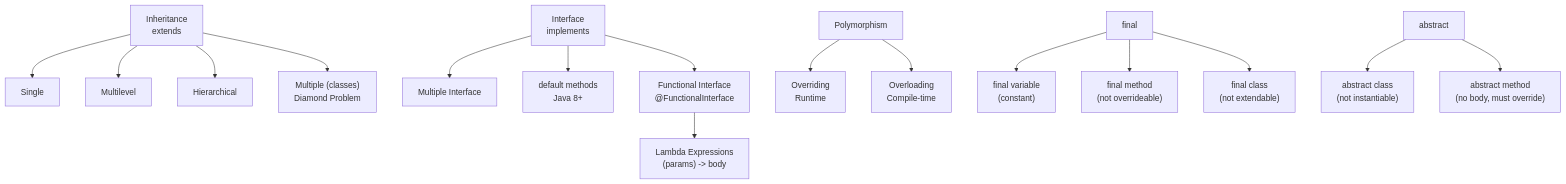
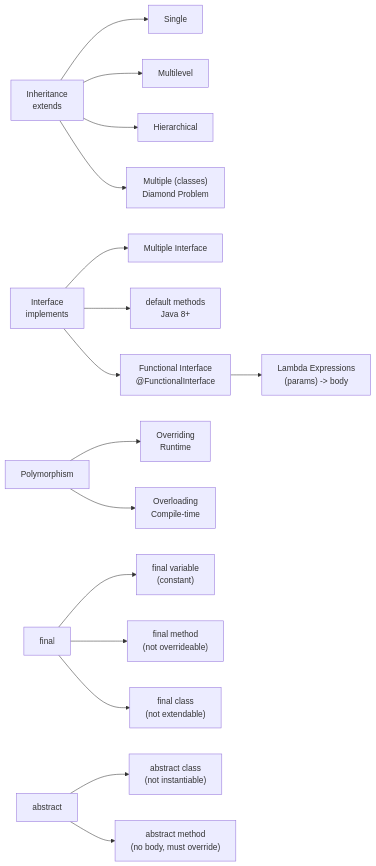
Before and after one commit to amitdevx/TY: the fifth of 5 diagrams in 01-Semester-V/CS-301-MJ-T-Core-Java/Unit-3.md, drawn with Mermaid. The commit also changed other lines of this file and 65 other files, not shown here.

Commit message:
fix:graph vertical

````diff
--- a/01-Semester-V/CS-301-MJ-T-Core-Java/Unit-3.md
+++ b/01-Semester-V/CS-301-MJ-T-Core-Java/Unit-3.md
@@ -580,22 +599,22 @@
 ```mermaid
-graph TD
+graph LR
     INH["Inheritance<br/>extends"] --> SINGLE["Single"]
     INH --> MULTI["Multilevel"]
     INH --> HIER["Hierarchical"]
     INH --> NO_MULTI["Multiple (classes) <br/>Diamond Problem"]
     
-    IFACE["Interface<br/>implements"] --> MULTI_IFACE["Multiple Interface "]
+    IFACE["Interface<br/>implements"] --> MULTI_IFACE["Multiple Interface<br/>"]
     IFACE --> DEFAULT["default methods<br/>Java 8+"]
     IFACE --> FUNC["Functional Interface<br/>@FunctionalInterface"]
     FUNC --> LAMBDA["Lambda Expressions<br/>(params) -> body"]
     
     POLY["Polymorphism"] --> OVR["Overriding<br/>Runtime"]
     POLY --> OVL["Overloading<br/>Compile-time"]
     
     FINAL["final"] --> FV["final variable<br/>(constant)"]
     FINAL --> FM["final method<br/>(not overrideable)"]
     FINAL --> FC["final class<br/>(not extendable)"]
     
     ABS["abstract"] --> AC["abstract class<br/>(not instantiable)"]
     ABS --> AM["abstract method<br/>(no body, must override)"]
 ```
````
